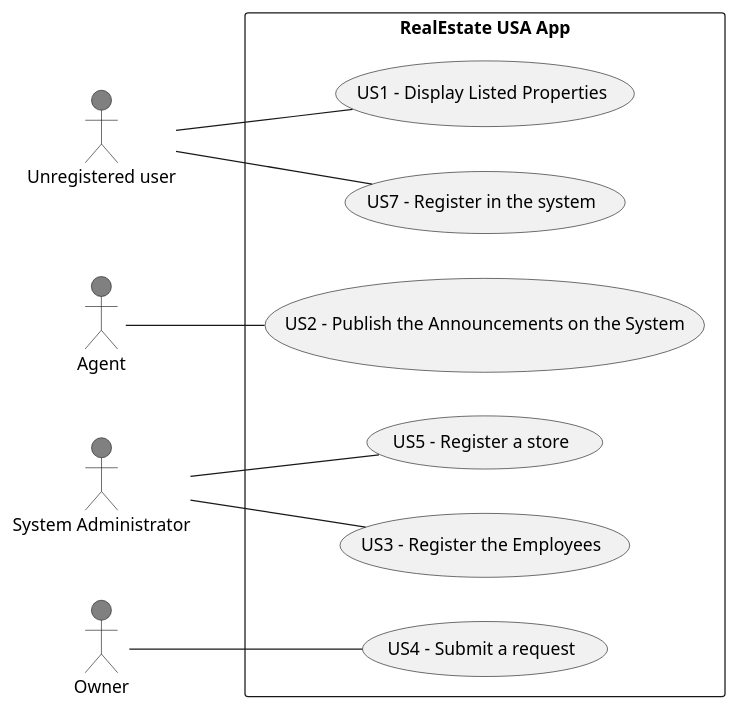
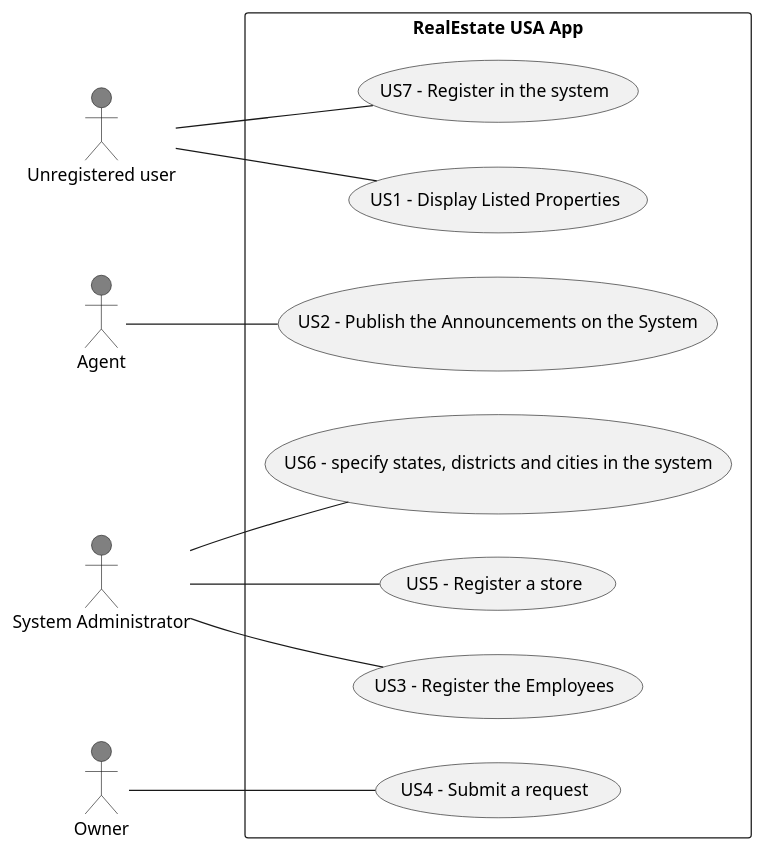
One commit to 1220812/LAPR2 changed the diagram in docs/sprintB/global-artifacts/01.requirements-engineering/puml/use-case-diagram.puml. Above: the diagram before and after it, drawn with PlantUML. The commit also changed 6 other files, not shown here.

```diff
--- a/docs/sprintB/global-artifacts/01.requirements-engineering/puml/use-case-diagram.puml
+++ b/docs/sprintB/global-artifacts/01.requirements-engineering/puml/use-case-diagram.puml
@@ -1,23 +1,25 @@
 @startuml
 left to right direction
 
 actor "Unregistered user" as unUser #grey
 actor "Agent" as Agent #grey
 actor "System Administrator" as Admin #grey
 actor "Owner" as Owner #grey
 
 rectangle "RealEstate USA App"{
  usecase "US1 - Display Listed Properties" as UC1
  usecase "US7 - Register in the system" as UC7
  usecase "US2 - Publish the Announcements on the System" as UC2
  usecase "US4 - Submit a request" as UC4
  usecase "US5 - Register a store" as UC5
  usecase "US3 - Register the Employees" as UC3
+ usecase "US6 - specify states, districts and cities in the system" as UC6
  }
  unUser -- UC1
  Agent -- UC2
  Admin -- UC5
+ Admin -- UC6
  Admin -- UC3
  Owner -- UC4
  unUser -- UC7
 @enduml
```
